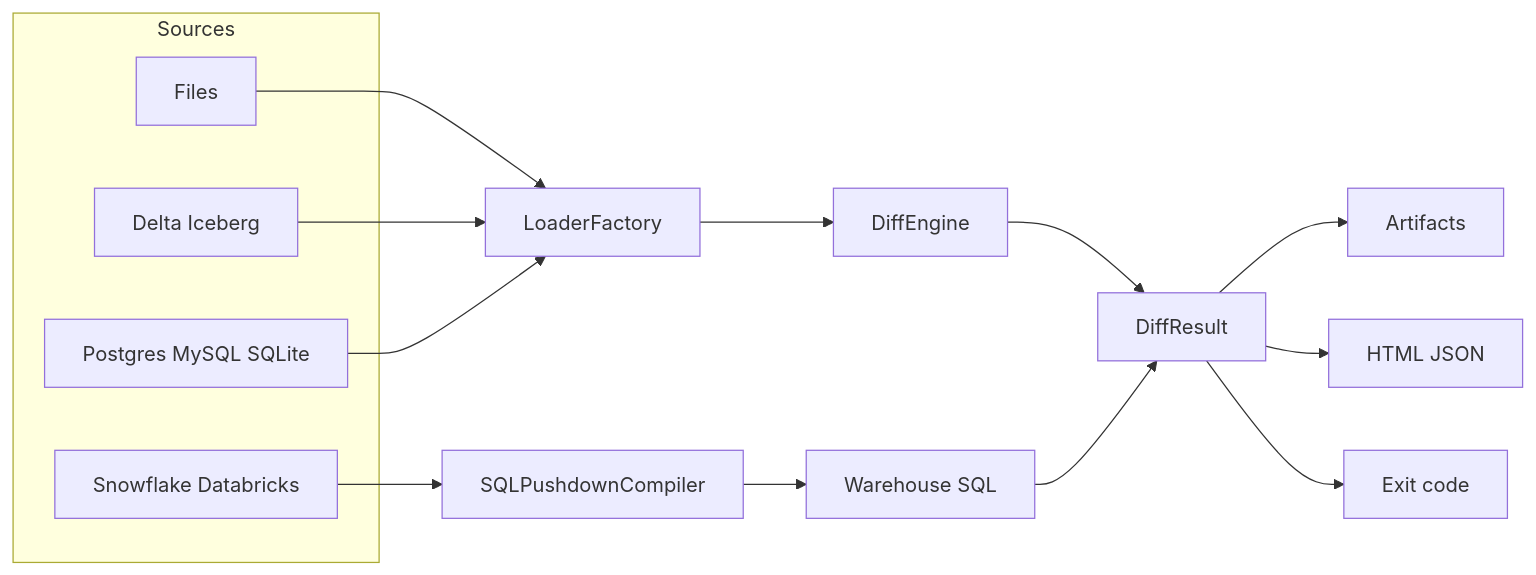
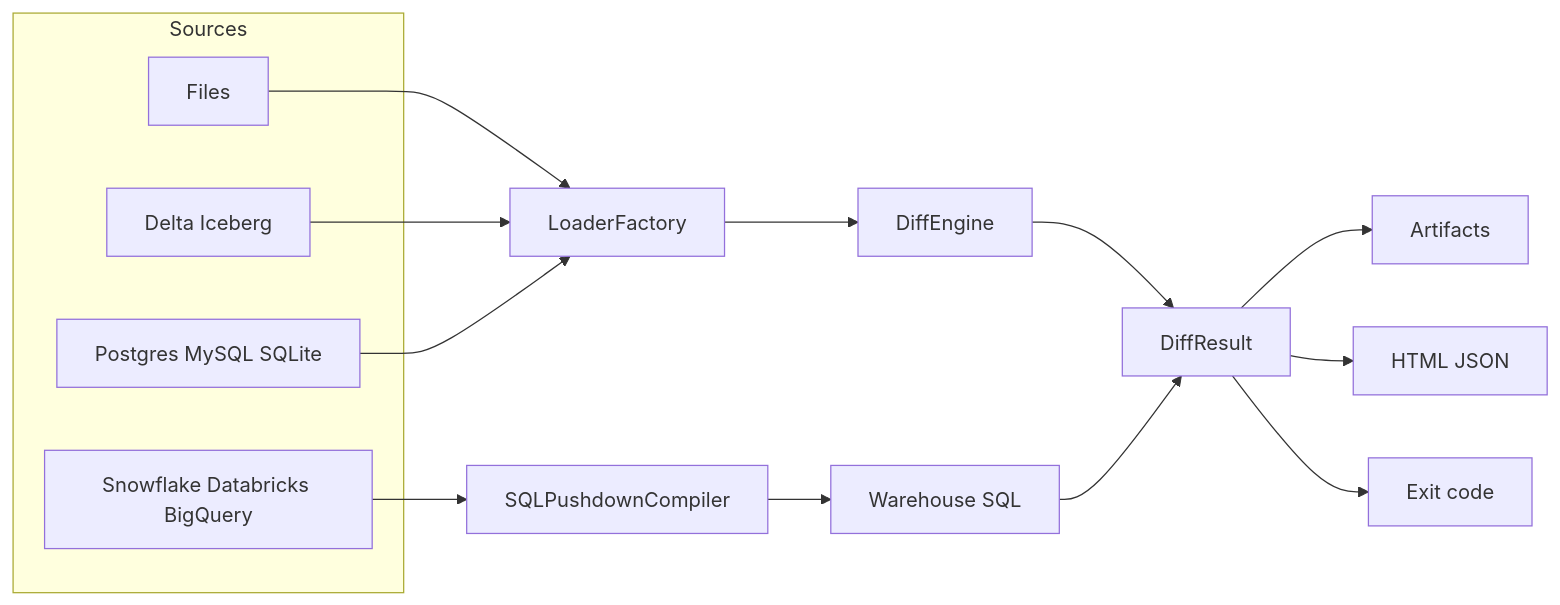
The diagram in README.md (Veridelta/veridelta), drawn with Mermaid before and after one commit. The commit also changed other lines of this file and 20 other files, not shown here.

First line of the commit message:
feat: BigQuery pushdown (#52)

````diff
--- a/README.md
+++ b/README.md
@@ -33,20 +33,20 @@
 ```mermaid
 flowchart LR
   subgraph sources [Sources]
     files[Files]
     lakehouse[Delta Iceberg]
     databases[Postgres MySQL SQLite]
-    warehouse[Snowflake Databricks]
+    warehouse[Snowflake Databricks BigQuery]
   end
   files --> loader[LoaderFactory]
   lakehouse --> loader
   databases --> loader
   warehouse --> compiler[SQLPushdownCompiler]
   loader --> engine["DiffEngine"]
   engine --> result[DiffResult]
   compiler --> warehouseSql[Warehouse SQL]
   warehouseSql --> result
   result --> artifacts[Artifacts]
   result --> reports["HTML JSON"]
   result --> exitCode[Exit code]
 ```
````
